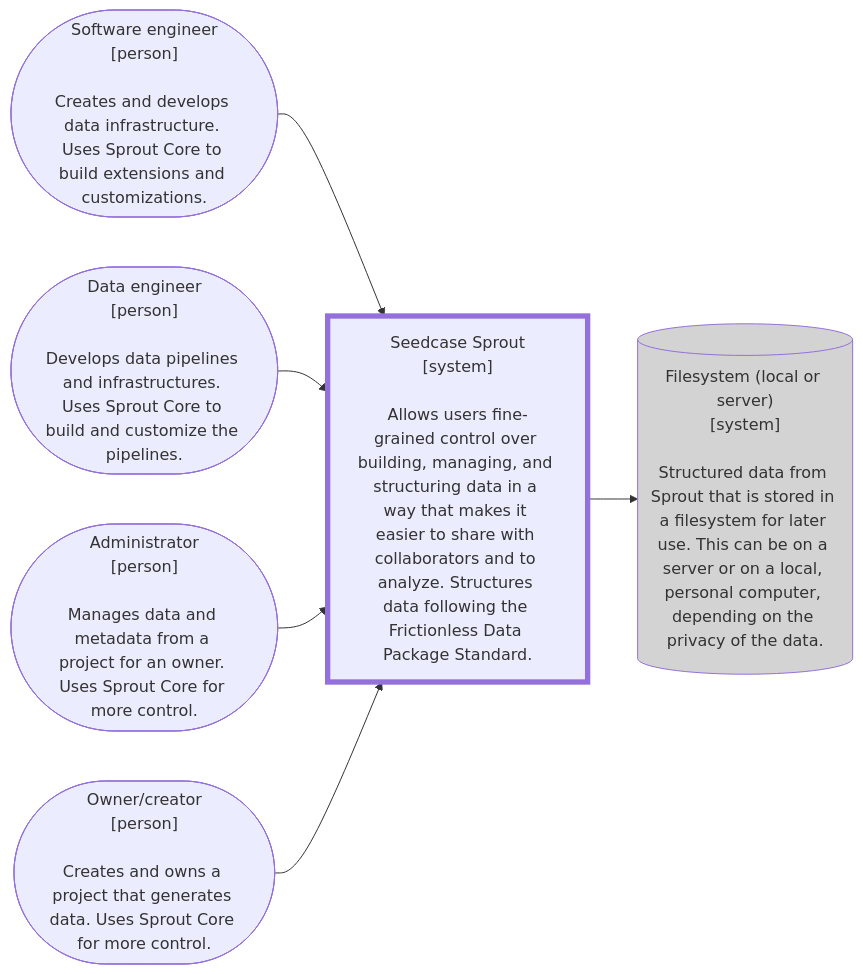
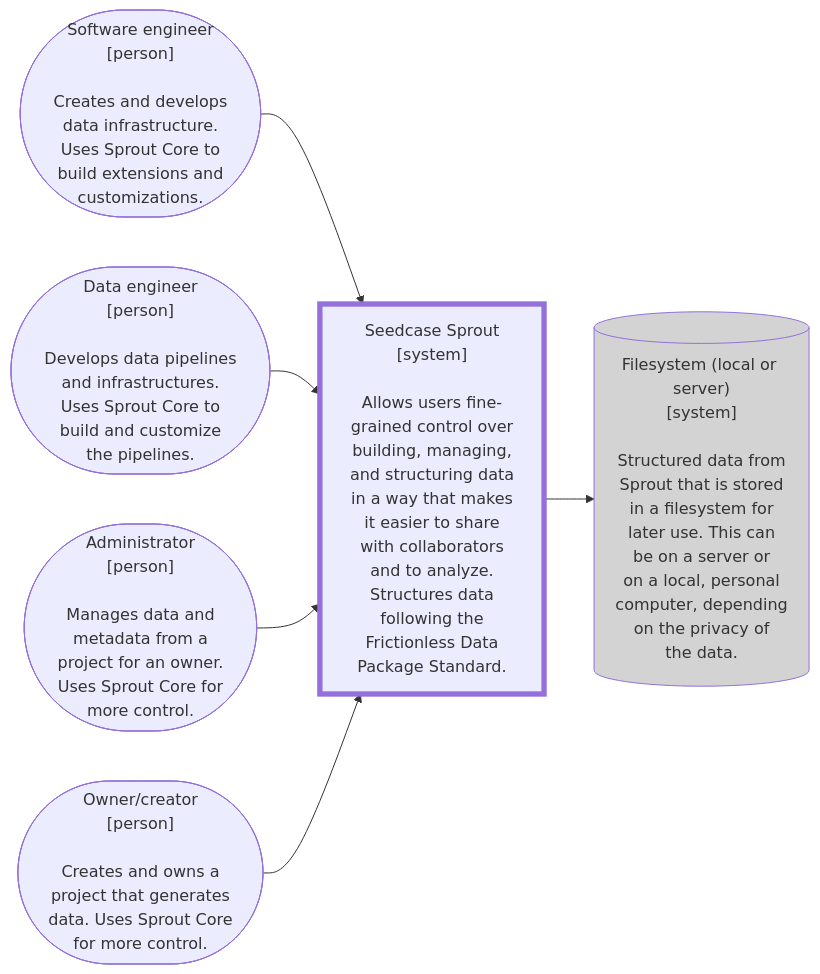
One commit to signekb/seedcase-sprout changed the first of 2 diagrams in docs/design/architecture/c4-models.qmd. Above: the diagram before and after it, drawn with Mermaid. The commit also changed other lines of this file and 13 other files, not shown here.

````diff
--- a/docs/design/architecture/c4-models.qmd
+++ b/docs/design/architecture/c4-models.qmd
@@ -31,19 +30,21 @@
 ```{mermaid}
+%%| label: fig-c4-context
+%%| fig-width: 6.3
 %%| fig-cap: "C4 Context diagram showing a very basic overview of Sprout and its anticipated users."
 flowchart LR
-    user_owner(["Owner/creator<br>[person]<br><br>Creates and owns a project that generates data. Uses Sprout Core for more control."])
-    user_admin(["Administrator<br>[person]<br><br>Manages data and metadata from a project for an owner. Uses Sprout Core for more control."])
-    user_swe(["Software engineer<br>[person]<br><br>Creates and develops data infrastructure. Uses Sprout Core to build extensions and customizations."])
-    user_de(["Data engineer<br>[person]<br><br>Develops data pipelines and infrastructures. Uses Sprout Core to build and customize the pipelines."])
-    sprout["Seedcase Sprout<br>[system]<br><br>Allows users fine-grained control over building, managing, and structuring data in a way that makes it easier to share with collaborators and to analyze. Structures data following the Frictionless Data Package Standard."]
-    output[("Filesystem (local or server)<br>[system]<br><br>Structured data from Sprout that is stored in a filesystem for later use. This can be on a server or on a local, personal computer, depending on the privacy of the data.")]
+    user_owner(["Owner/creator<br>[person]<br><br>Creates and owns a<br>project that generates<br>data. Uses Sprout Core<br>for more control."])
+    user_admin(["Administrator<br>[person]<br><br>Manages data and<br>metadata from a<br>project for an owner.<br>Uses Sprout Core for<br>more control."])
+    user_swe(["Software engineer<br>[person]<br><br>Creates and develops<br>data infrastructure.<br>Uses Sprout Core to<br>build extensions and<br>customizations."])
+    user_de(["Data engineer<br>[person]<br><br>Develops data pipelines<br>and infrastructures.<br>Uses Sprout Core to<br>build and customize<br>the pipelines."])
+    sprout["Seedcase Sprout<br>[system]<br><br>Allows users fine-<br>grained control over<br>building, managing,<br>and structuring data<br>in a way that makes<br>it easier to share<br>with collaborators<br>and to analyze.<br>Structures data<br>following the<br>Frictionless Data<br>Package Standard."]
+    output[("Filesystem (local or server)<br>[system]<br><br>Structured data from<br>Sprout that is stored<br>in a filesystem for<br>later use. This can<br>be on a server or<br>on a local, personal<br>computer, depending<br>on the privacy of<br>the data.")]
 
     user_swe --> sprout:::system
     user_de --> sprout
     user_admin --> sprout
     user_owner --> sprout
     sprout --> output:::external
 
     classDef system stroke-width:4pt
     classDef external fill:lightgrey
 ```
````
